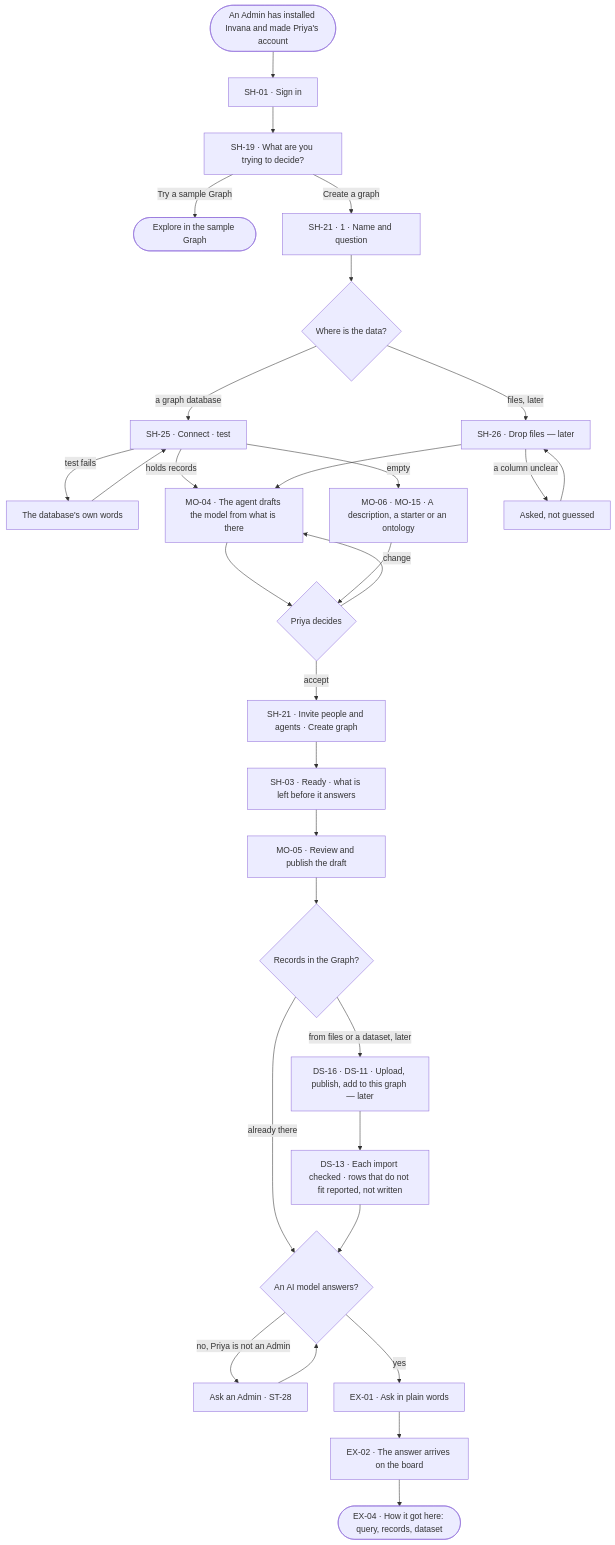
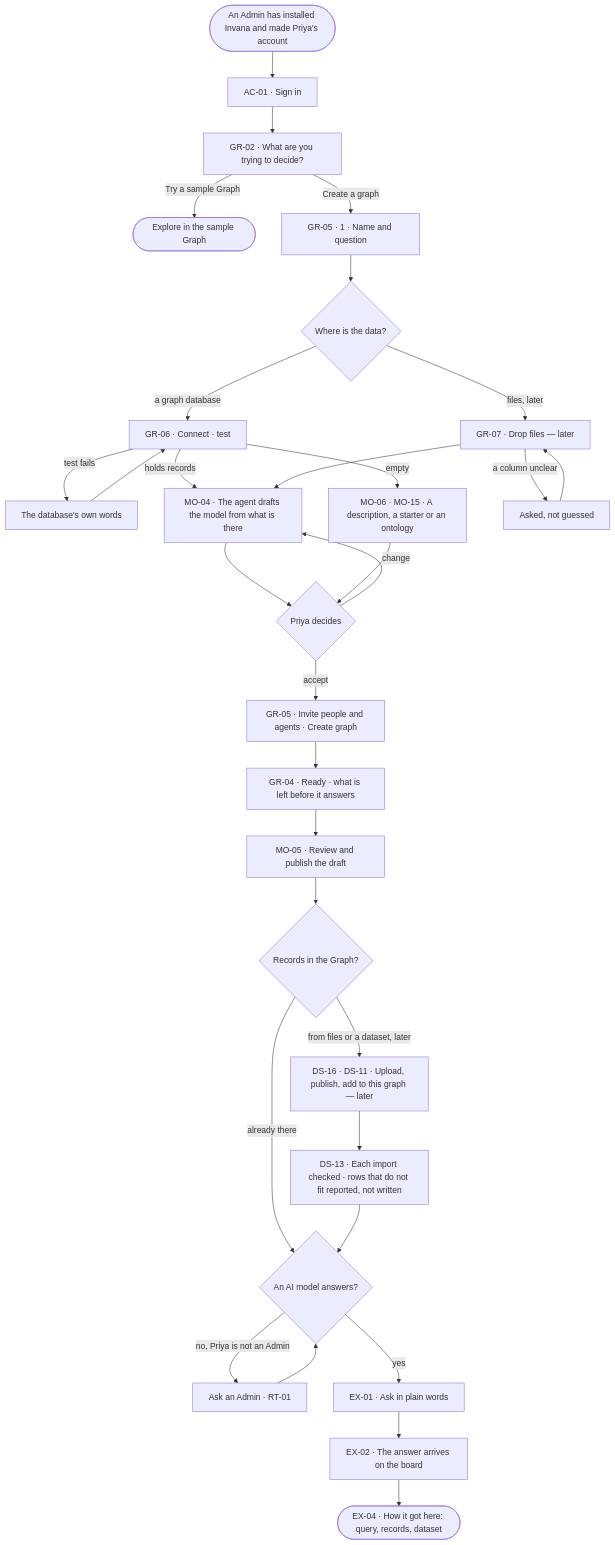
One commit to invana/invana changed the diagram in specs/journeys/J01-from-an-empty-install-to-a-first-answer.md. Above: the diagram before and after it, drawn with Mermaid. The commit also changed other lines of this file and 884 other files, not shown here.

````diff
--- a/specs/journeys/J01-from-an-empty-install-to-a-first-answer.md
+++ b/specs/journeys/J01-from-an-empty-install-to-a-first-answer.md
@@ -16,30 +16,30 @@
 ```mermaid
 flowchart TD
-  A([An Admin has installed Invana and made Priya's account]) --> B["SH-01 · Sign in"]
-  B --> C["SH-19 · What are you trying to decide?"]
+  A([An Admin has installed Invana and made Priya's account]) --> B["AC-01 · Sign in"]
+  B --> C["GR-02 · What are you trying to decide?"]
   C -->|Try a sample Graph| SG(["Explore in the sample Graph"])
-  C -->|Create a graph| D["SH-21 · 1 · Name and question"]
+  C -->|Create a graph| D["GR-05 · 1 · Name and question"]
   D --> E{"Where is the data?"}
-  E -->|a graph database| F["SH-25 · Connect · test"]
-  E -->|files, later| G["SH-26 · Drop files — later"]
+  E -->|a graph database| F["GR-06 · Connect · test"]
+  E -->|files, later| G["GR-07 · Drop files — later"]
   F -->|test fails| F1["The database's own words"] --> F
   F -->|holds records| H["MO-04 · The agent drafts the model from what is there"]
   F -->|empty| H2["MO-06 · MO-15 · A description, a starter or an ontology"]
   G -->|a column unclear| G1["Asked, not guessed"] --> G
   G --> H
   H --> I{"Priya decides"}
   H2 --> I
   I -->|change| H
-  I -->|accept| J["SH-21 · Invite people and agents · Create graph"]
-  J --> K["SH-03 · Ready · what is left before it answers"]
+  I -->|accept| J["GR-05 · Invite people and agents · Create graph"]
+  J --> K["GR-04 · Ready · what is left before it answers"]
   K --> L["MO-05 · Review and publish the draft"]
   L --> M{"Records in the Graph?"}
   M -->|already there| N
   M -->|from files or a dataset, later| M1["DS-16 · DS-11 · Upload, publish, add to this graph — later"]
   M1 --> M2["DS-13 · Each import checked · rows that do not fit reported, not written"]
   M2 --> N{"An AI model answers?"}
-  N -->|no, Priya is not an Admin| N1["Ask an Admin · ST-28"] --> N
+  N -->|no, Priya is not an Admin| N1["Ask an Admin · RT-01"] --> N
   N -->|yes| O["EX-01 · Ask in plain words"]
   O --> P["EX-02 · The answer arrives on the board"]
   P --> Q(["EX-04 · How it got here: query, records, dataset"])
 ```
````
